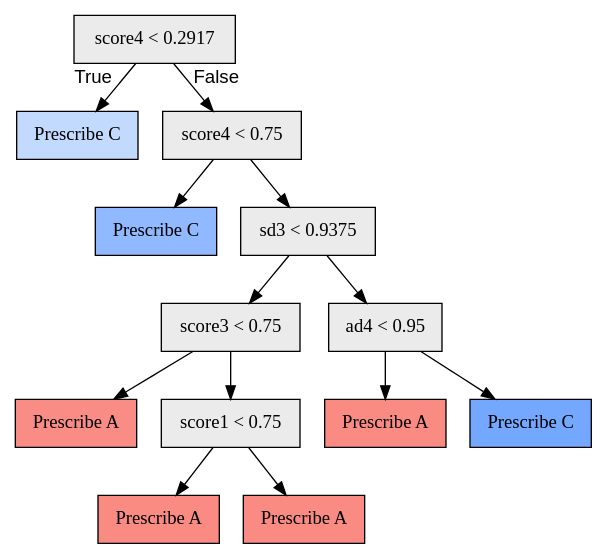
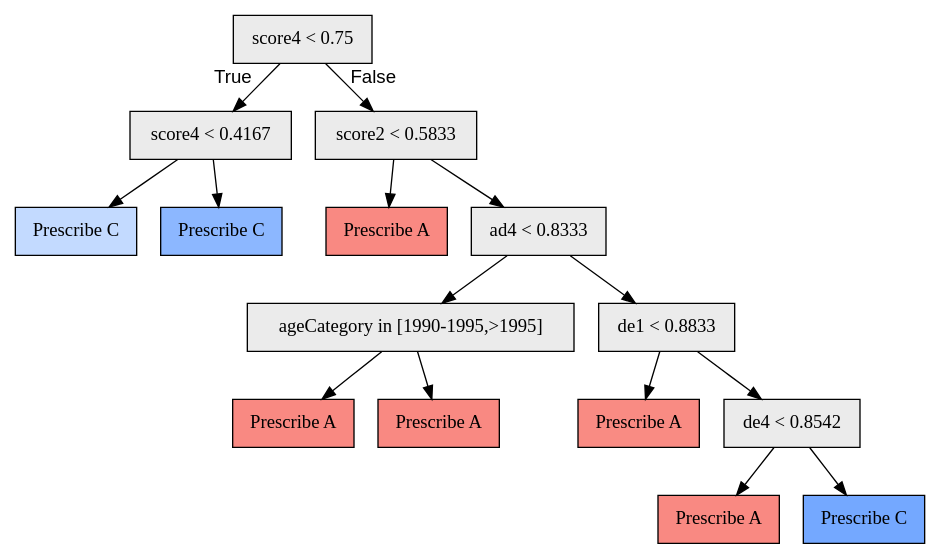
The diagram in python/model/4/cc/pytree.dot (galitLukin/PersonalizedLearning), drawn with Graphviz before and after one commit. The commit also changed 15 other files, not shown here.

```diff
--- a/python/model/4/cc/pytree.dot
+++ b/python/model/4/cc/pytree.dot
@@ -1,27 +1,31 @@
 digraph "G" {
-1 [fillcolor="#EBEBEB", fontname="bold arial", label="score4 &lt; 0.2917", shape=box, style="filled"];
-2 [color=black, fillcolor="#619CFF60", fontname="bold arial", label="Prescribe C", shape=box, style="filled"];
-3 [fillcolor="#EBEBEB", fontname="bold arial", label="score4 &lt; 0.75", shape=box, style="filled"];
-4 [color=black, fillcolor="#619CFFb3", fontname="bold arial", label="Prescribe C", shape=box, style="filled"];
-5 [fillcolor="#EBEBEB", fontname="bold arial", label="sd3 &lt; 0.9375", shape=box, style="filled"];
-6 [fillcolor="#EBEBEB", fontname="bold arial", label="score3 &lt; 0.75", shape=box, style="filled"];
-7 [color=black, fillcolor="#F8766Dd4", fontname="bold arial", label="Prescribe A", shape=box, style="filled"];
-8 [fillcolor="#EBEBEB", fontname="bold arial", label="score1 &lt; 0.75", shape=box, style="filled"];
-9 [color=black, fillcolor="#F8766Dd7", fontname="bold arial", label="Prescribe A", shape=box, style="filled"];
-10 [color=black, fillcolor="#F8766Dd7", fontname="bold arial", label="Prescribe A", shape=box, style="filled"];
-11 [fillcolor="#EBEBEB", fontname="bold arial", label="ad4 &lt; 0.95", shape=box, style="filled"];
+1 [fillcolor="#EBEBEB", fontname="bold arial", label="score4 &lt; 0.75", shape=box, style="filled"];
+2 [fillcolor="#EBEBEB", fontname="bold arial", label="score4 &lt; 0.4167", shape=box, style="filled"];
+3 [color=black, fillcolor="#619CFF60", fontname="bold arial", label="Prescribe C", shape=box, style="filled"];
+4 [color=black, fillcolor="#619CFFb9", fontname="bold arial", label="Prescribe C", shape=box, style="filled"];
+5 [fillcolor="#EBEBEB", fontname="bold arial", label="score2 &lt; 0.5833", shape=box, style="filled"];
+6 [color=black, fillcolor="#F8766Dda", fontname="bold arial", label="Prescribe A", shape=box, style="filled"];
+7 [fillcolor="#EBEBEB", fontname="bold arial", label="ad4 &lt; 0.8333", shape=box, style="filled"];
+8 [fillcolor="#EBEBEB", fontname="bold arial", label="ageCategory in [1990-1995,&gt;1995]", shape=box, style="filled"];
+9 [color=black, fillcolor="#F8766Dda", fontname="bold arial", label="Prescribe A", shape=box, style="filled"];
+10 [color=black, fillcolor="#F8766Dda", fontname="bold arial", label="Prescribe A", shape=box, style="filled"];
+11 [fillcolor="#EBEBEB", fontname="bold arial", label="de1 &lt; 0.8833", shape=box, style="filled"];
 12 [color=black, fillcolor="#F8766Dd7", fontname="bold arial", label="Prescribe A", shape=box, style="filled"];
-13 [color=black, fillcolor="#619CFFdf", fontname="bold arial", label="Prescribe C", shape=box, style="filled"];
+13 [fillcolor="#EBEBEB", fontname="bold arial", label="de4 &lt; 0.8542", shape=box, style="filled"];
+14 [color=black, fillcolor="#F8766Dda", fontname="bold arial", label="Prescribe A", shape=box, style="filled"];
+15 [color=black, fillcolor="#619CFFdf", fontname="bold arial", label="Prescribe C", shape=box, style="filled"];
 1 -> 2  [fontname="arial", headlabel="True", key=0, labelangle=45, labeldistance="2.5"];
-1 -> 3  [fontname="arial", headlabel="False", key=0, labelangle="-45", labeldistance="2.5"];
-3 -> 4  [key=0];
-3 -> 5  [key=0];
+1 -> 5  [fontname="arial", headlabel="False", key=0, labelangle="-45", labeldistance="2.5"];
+2 -> 3  [key=0];
+2 -> 4  [key=0];
 5 -> 6  [key=0];
-5 -> 11  [key=0];
-6 -> 7  [key=0];
-6 -> 8  [key=0];
+5 -> 7  [key=0];
+7 -> 8  [key=0];
+7 -> 11  [key=0];
 8 -> 9  [key=0];
 8 -> 10  [key=0];
 11 -> 12  [key=0];
 11 -> 13  [key=0];
+13 -> 14  [key=0];
+13 -> 15  [key=0];
 }
```
